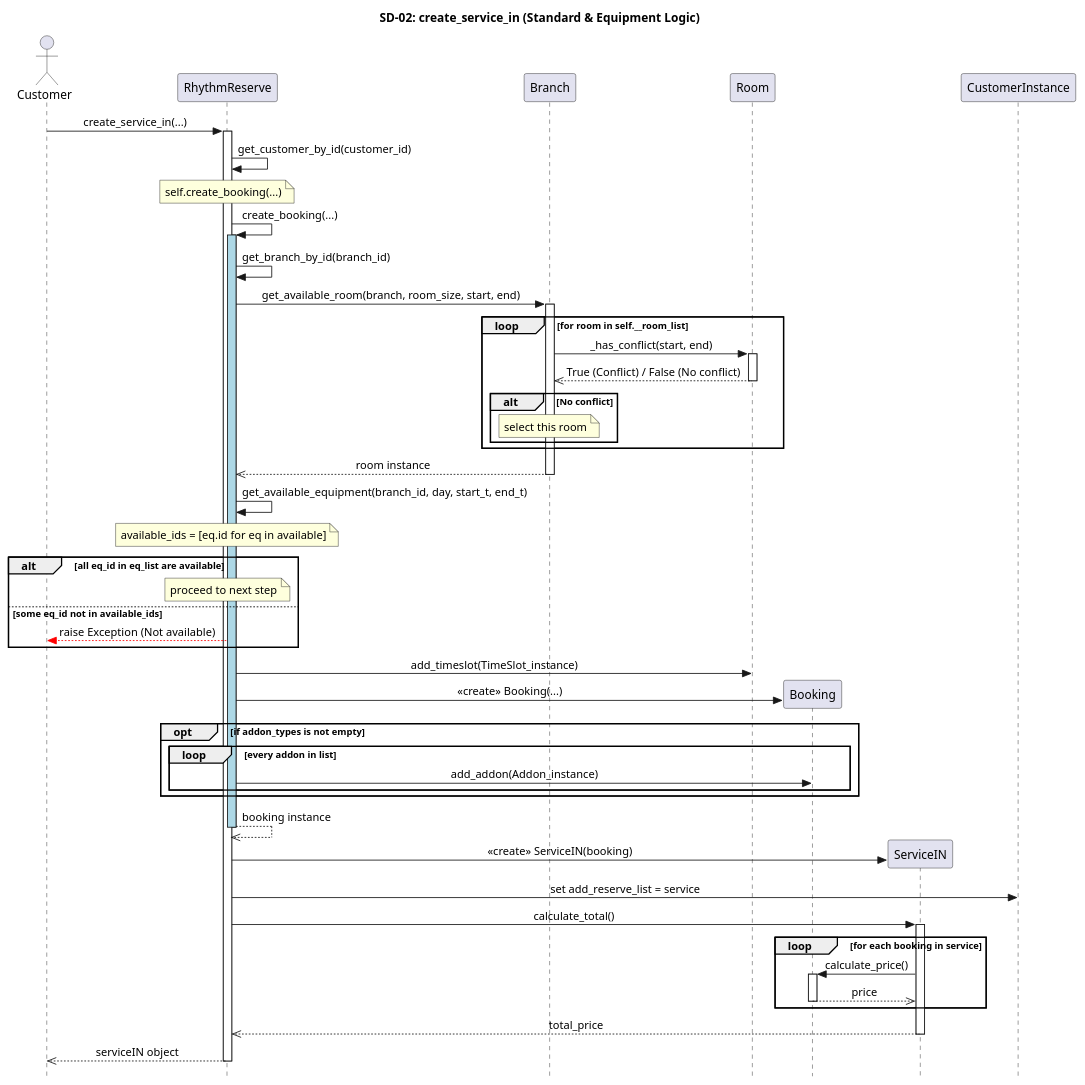
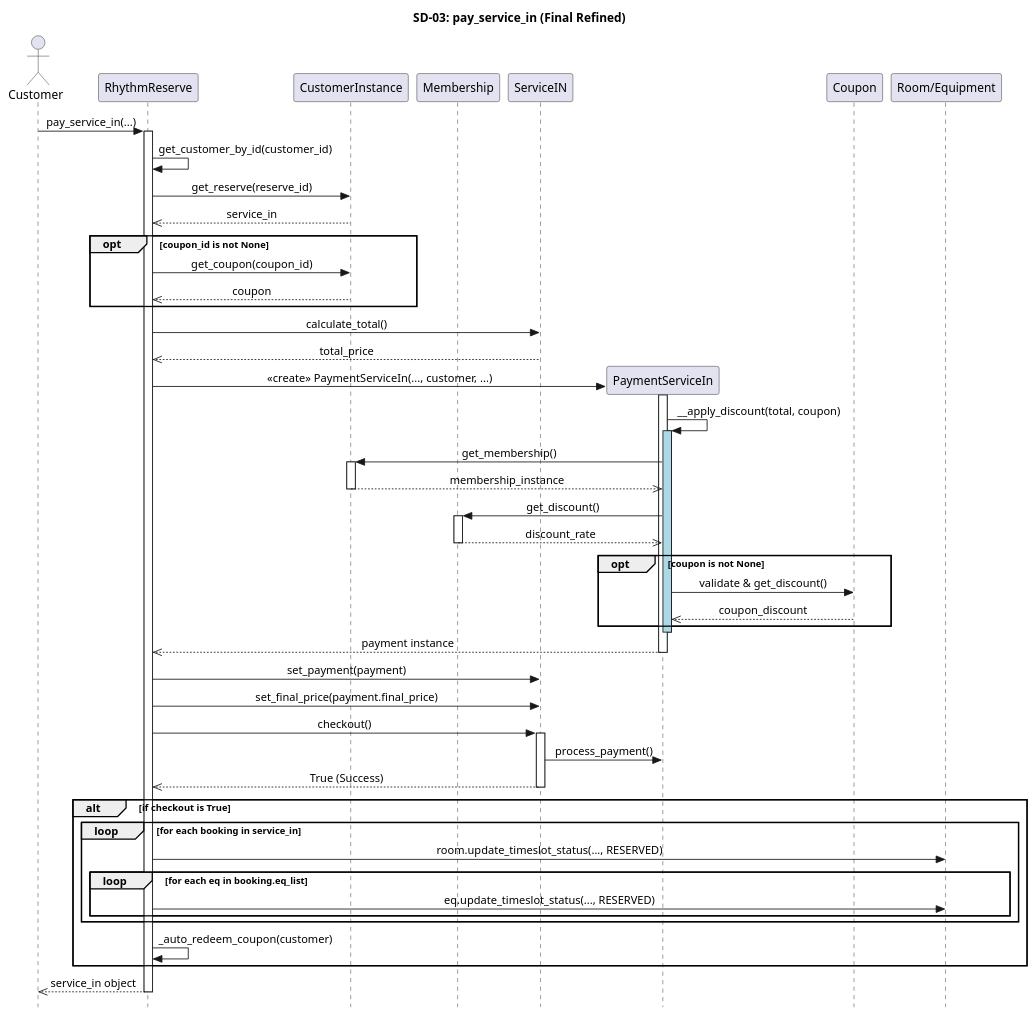
Before and after one commit to pjngth998/RhythmReserve: the diagram in diagram/sequence_diagram/9final_sequence/sss1.puml, drawn with PlantUML. The commit also changed 1 other file, not shown here.

Commit message:
sequence 3

```diff
--- a/diagram/sequence_diagram/9final_sequence/sss1.puml
+++ b/diagram/sequence_diagram/9final_sequence/sss1.puml
@@ -1,92 +1,83 @@
 @startuml
-title SD-02: create_service_in (Standard & Equipment Logic)
+title SD-03: pay_service_in (Final Refined)
 
 skinparam Style strictuml
 skinparam sequence {
     MessageAlignment center
-    ActivationBackgroundColor #F1F8E9
+    ActivationBackgroundColor #E1F5FE
 }
 
 actor Customer as C
 participant "RhythmReserve" as RR
-participant "Branch" as BR
-participant "Room" as RM
-participant "Booking" as BK
+participant "CustomerInstance" as CI
+participant "Membership" as MEM
 participant "ServiceIN" as SIN
-participant "CustomerInstance" as CI
+participant "PaymentServiceIn" as PSIN
+participant "Coupon" as CPN
+participant "Room/Equipment" as RE
 
-C -> RR : create_service_in(...)
+C -> RR : pay_service_in(...)
 activate RR
 
-RR -> RR : get_customer_by_id(customer_id)
+    RR -> RR : get_customer_by_id(customer_id)
+    RR -> CI : get_reserve(reserve_id)
+    CI -->> RR : service_in
 
-'--- Internal Call: create_booking ---
-Note over RR: self.create_booking(...)
-RR -> RR : create_booking(...)
-activate RR #LightBlue
-
-    RR -> RR : get_branch_by_id(branch_id)
-    
-    '--- ส่วนการหาห้องว่างตามรูปภาพที่คุณส่งมา ---
-    RR -> BR : get_available_room(branch, room_size, start, end)
-    activate BR
-         loop for room in self.__room_list
-              BR -> RM : _has_conflict(start, end)
-              activate RM
-              RM -->> BR : True (Conflict) / False (No conflict)
-              deactivate RM
-              
-              alt No conflict
-                   note over BR : select this room
-              end
-         end
-         BR -->> RR : room instance
-    deactivate BR
-
-    RR -> RR : get_available_equipment(branch_id, day, start_t, end_t)
-    note over RR : available_ids = [eq.id for eq in available]
-
-    '--- การเช็คอุปกรณ์แบบรวบยอด (Validation) ---
-    alt all eq_id in eq_list are available
-        note over RR : proceed to next step
-    else some eq_id not in available_ids
-        RR --[#red]> C : raise Exception (Not available)
+    opt coupon_id is not None
+        RR -> CI : get_coupon(coupon_id)
+        CI -->> RR : coupon
     end
 
-    ' สร้าง TimeSlot และเพิ่มลงใน Room
-    RR -> RM : add_timeslot(TimeSlot_instance)
+    RR -> SIN : calculate_total()
+    SIN -->> RR : total_price
 
-    '--- สร้าง Booking Object ---
-    create BK
-    RR -> BK : <<create>> Booking(...)
+    '--- จังหวะสร้าง Payment และการดึง Membership ---
+    create PSIN
+    RR -> PSIN : <<create>> PaymentServiceIn(..., customer, ...)
+    activate PSIN
+        PSIN -> PSIN : __apply_discount(total, coupon)
+        activate PSIN #LightBlue
+            
+            '--- ขั้นตอนการไปเอา Membership ตามที่คุณแนะนำ ---
+            PSIN -> CI : get_membership()
+            activate CI
+            CI -->> PSIN : membership_instance
+            deactivate CI
+            
+            PSIN -> MEM : get_discount()
+            activate MEM
+            MEM -->> PSIN : discount_rate
+            deactivate MEM
+            
+            opt coupon is not None
+                PSIN -> CPN : validate & get_discount()
+                CPN -->> PSIN : coupon_discount
+            end
+        deactivate PSIN
+    PSIN -->> RR : payment instance
+    deactivate PSIN
 
-    opt if addon_types is not empty
-         loop every addon in list
-              RR -> BK : add_addon(Addon_instance)
-         end
+    RR -> SIN : set_payment(payment)
+    RR -> SIN : set_final_price(payment.final_price)
+
+    '--- ส่วน Checkout และการ Update Status ---
+    RR -> SIN : checkout()
+    activate SIN
+        SIN -> PSIN : process_payment()
+        SIN -->> RR : True (Success)
+    deactivate SIN
+
+    alt if checkout is True
+        loop for each booking in service_in
+            RR -> RE : room.update_timeslot_status(..., RESERVED)
+            loop for each eq in booking.eq_list
+                RR -> RE : eq.update_timeslot_status(..., RESERVED)
+            end
+        end
+        RR -> RR : _auto_redeem_coupon(customer)
     end
 
-    RR -->> RR : booking instance
-deactivate RR
-'--- จบช่วง create_booking กลับมาที่ main logic ---
-
-create SIN
-RR -> SIN : <<create>> ServiceIN(booking)
-
-RR -> CI : set add_reserve_list = service
-
-RR -> SIN : calculate_total()
-activate SIN
-    loop for each booking in service
-        SIN -> BK : calculate_price()
-        activate BK
-        BK -->> SIN : price
-        deactivate BK
-    end
-    SIN -->> RR : total_price
-deactivate SIN
-
-RR -->> C : serviceIN object
+RR -->> C : service_in object
 deactivate RR
 
 @enduml
```
